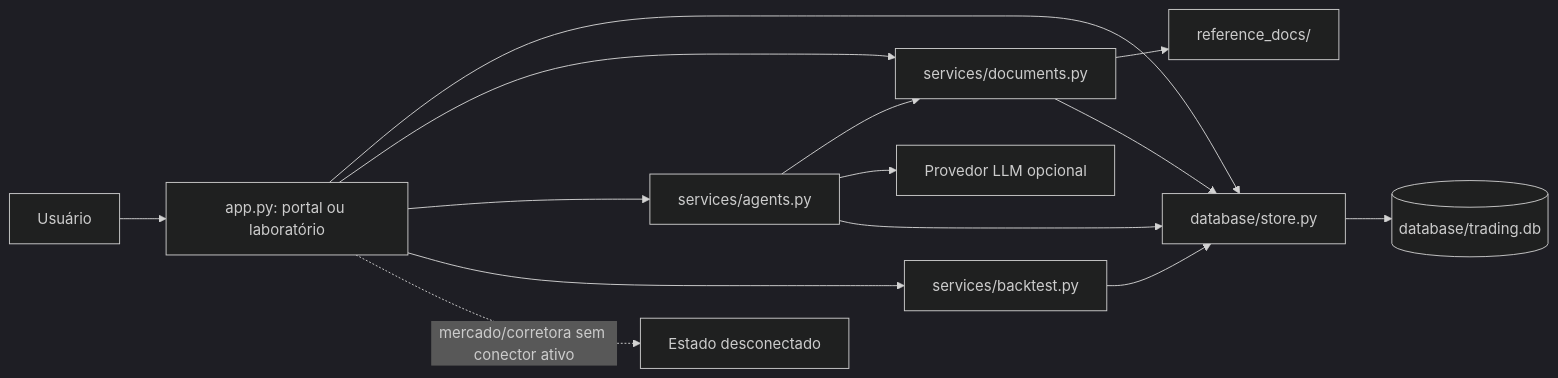
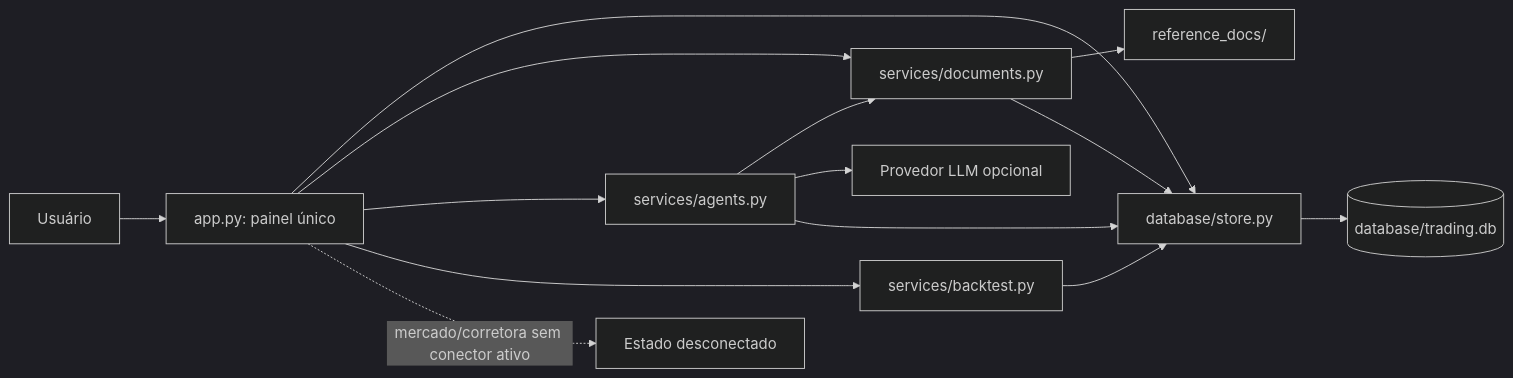
Before and after one commit to skyomen/trading-agent-labs: the diagram in PROJECT_DOCUMENTATION.md, drawn with Mermaid (dark theme). The commit also changed other lines of this file and 35 other files, not shown here.

````diff
--- a/PROJECT_DOCUMENTATION.md
+++ b/PROJECT_DOCUMENTATION.md
@@ -74,16 +75,16 @@
 ```mermaid
 flowchart LR
-  User[Usuário] --> UI[app.py: portal ou laboratório]
+  User[Usuário] --> UI[app.py: painel único]
   UI --> Store[database/store.py]
   Store --> DB[(database/trading.db)]
   UI --> Docs[services/documents.py]
   Docs --> PDFs[reference_docs/]
   Docs --> Store
   UI --> Agents[services/agents.py]
   Agents --> Docs
   Agents --> Provider[Provedor LLM opcional]
   Agents --> Store
   UI --> Backtest[services/backtest.py]
   Backtest --> Store
   UI -. mercado/corretora sem conector ativo .-> Disconnected[Estado desconectado]
 ```
````
